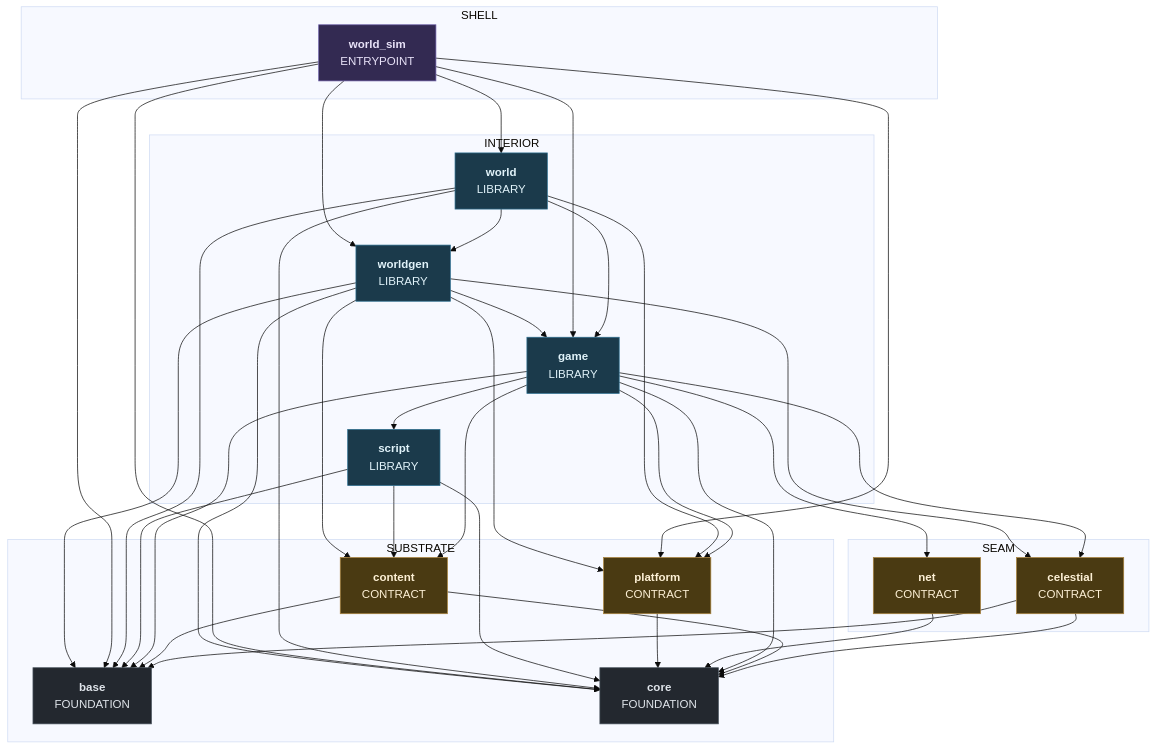
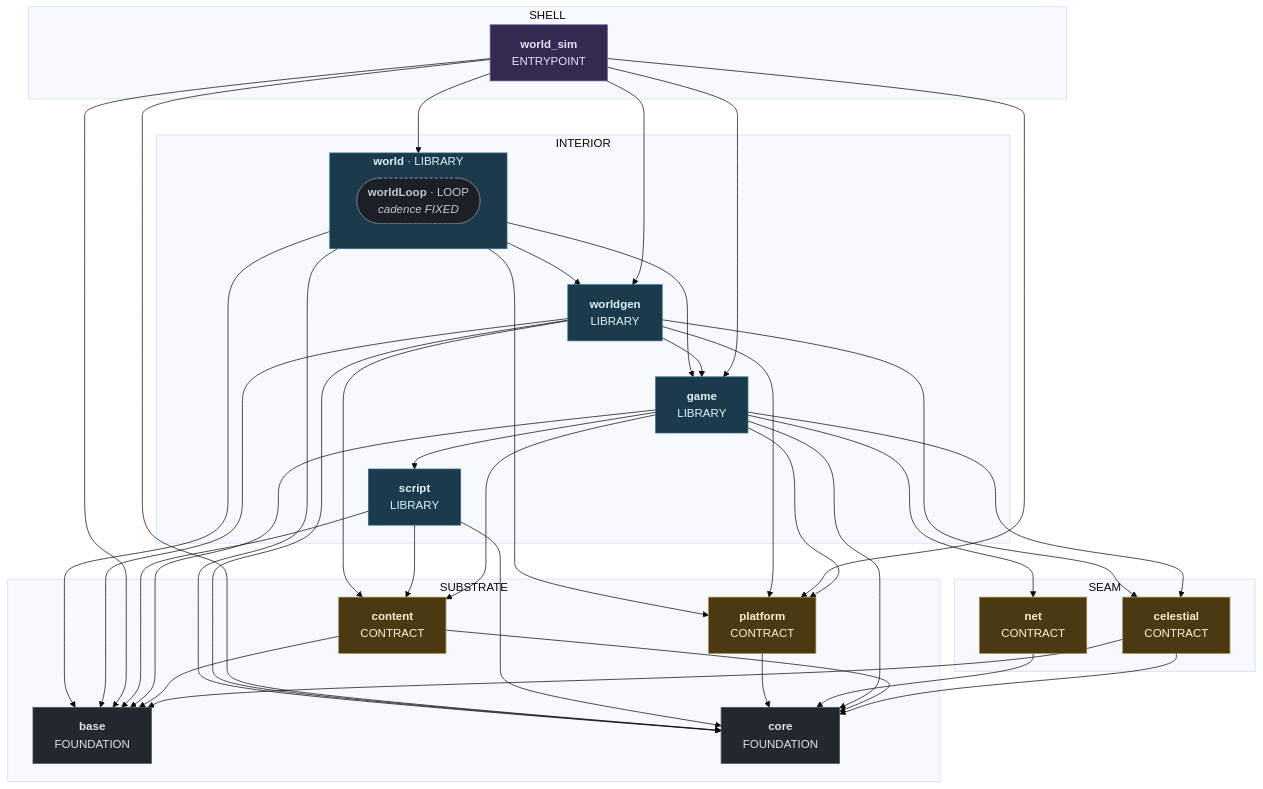
One commit to apnex/OpenStarbound changed the eighth of 10 diagrams in docs/superpowers/specs/2026-08-01-sovereign-headless-client-design.md. Above: the diagram before and after it, drawn with Mermaid (base theme). The commit also changed other lines of this file and 2 other files, not shown here.

````diff
--- a/docs/superpowers/specs/2026-08-01-sovereign-headless-client-design.md
+++ b/docs/superpowers/specs/2026-08-01-sovereign-headless-client-design.md
@@ -2161,66 +2170,69 @@
 ```mermaid
 %% composition: world_sim
 flowchart TD
   subgraph Z_SUBSTRATE ["SUBSTRATE"]
     base["<b>base</b><br/>FOUNDATION"]
     content["<b>content</b><br/>CONTRACT"]
     core["<b>core</b><br/>FOUNDATION"]
     platform["<b>platform</b><br/>CONTRACT"]
   end
   subgraph Z_SEAM ["SEAM"]
     celestial["<b>celestial</b><br/>CONTRACT"]
     net["<b>net</b><br/>CONTRACT"]
   end
   subgraph Z_INTERIOR ["INTERIOR"]
     game["<b>game</b><br/>LIBRARY"]
     script["<b>script</b><br/>LIBRARY"]
-    world["<b>world</b><br/>LIBRARY"]
+    subgraph world ["<b>world</b> · LIBRARY"]
+      world_worldLoop(["<b>worldLoop</b> · LOOP<br/><i>cadence FIXED</i>"])
+    end
     worldgen["<b>worldgen</b><br/>LIBRARY"]
   end
   subgraph Z_SHELL ["SHELL"]
     world_sim["<b>world_sim</b><br/>ENTRYPOINT"]
   end
   celestial --> base
   celestial --> core
   content --> base
   content --> core
   game --> base
   game --> celestial
   game --> content
   game --> core
   game --> net
   game --> platform
   game --> script
   net --> core
   platform --> core
   script --> base
   script --> content
   script --> core
   world --> base
   world --> core
   world --> game
   world --> platform
   world --> worldgen
   world_sim --> base
   world_sim --> core
   world_sim --> game
   world_sim --> platform
   world_sim --> world
   world_sim --> worldgen
   worldgen --> base
   worldgen --> celestial
   worldgen --> content
   worldgen --> core
   worldgen --> game
   worldgen --> platform
   classDef kFoundation fill:#23282f,stroke:#4a545e,color:#dfe4ea
   classDef kContract fill:#4a3a12,stroke:#a8813a,color:#fdf0d5
   classDef kBackend fill:#5c2020,stroke:#aa3333,color:#ffe5e5
   classDef kLibrary fill:#1b3a4b,stroke:#2c6e8f,color:#e0f2f9
   classDef kEntrypoint fill:#332a52,stroke:#6d5fa8,color:#e8e2f8
   classDef kElement fill:#1c1f25,stroke:#6b7482,color:#c2c9d4,stroke-dasharray:4 3
   class base,core kFoundation
   class celestial,content,net,platform kContract
   class game,script,world,worldgen kLibrary
   class world_sim kEntrypoint
+  class world_worldLoop kElement
 ```
````
